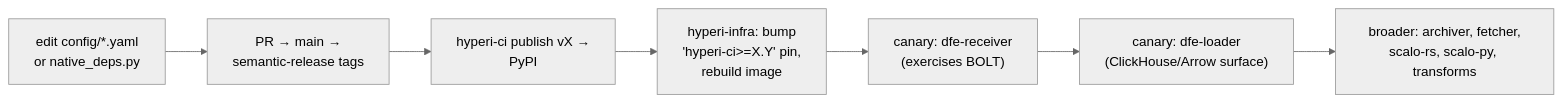
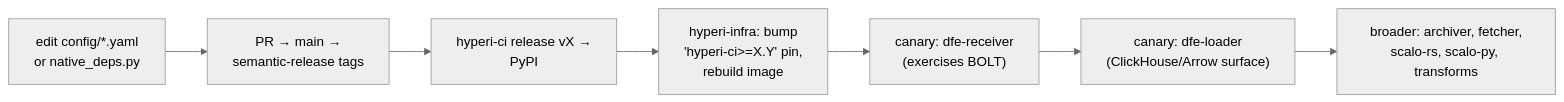
Before and after one commit to hyperi-io/hyperi-ci: the diagram in docs/runtime/arc-operations.md, drawn with Mermaid (neutral theme). The commit also changed other lines of this file and 39 other files, not shown here.

````diff
--- a/docs/runtime/arc-operations.md
+++ b/docs/runtime/arc-operations.md
@@ -56,9 +56,9 @@
 ```mermaid
 flowchart LR
     E["edit config/*.yaml<br/>or native_deps.py"] --> PR["PR → main →<br/>semantic-release tags"]
-    PR --> PUB["hyperi-ci publish vX →<br/>PyPI"]
+    PR --> PUB["hyperi-ci release vX →<br/>PyPI"]
     PUB --> BUMP["hyperi-infra: bump<br/>'hyperi-ci>=X.Y' pin,<br/>rebuild image"]
     BUMP --> C1["canary: dfe-receiver<br/>(exercises BOLT)"]
     C1 --> C2["canary: dfe-loader<br/>(ClickHouse/Arrow surface)"]
     C2 --> ALL["broader: archiver, fetcher,<br/>scalo-rs, scalo-py, transforms"]
 ```
````
